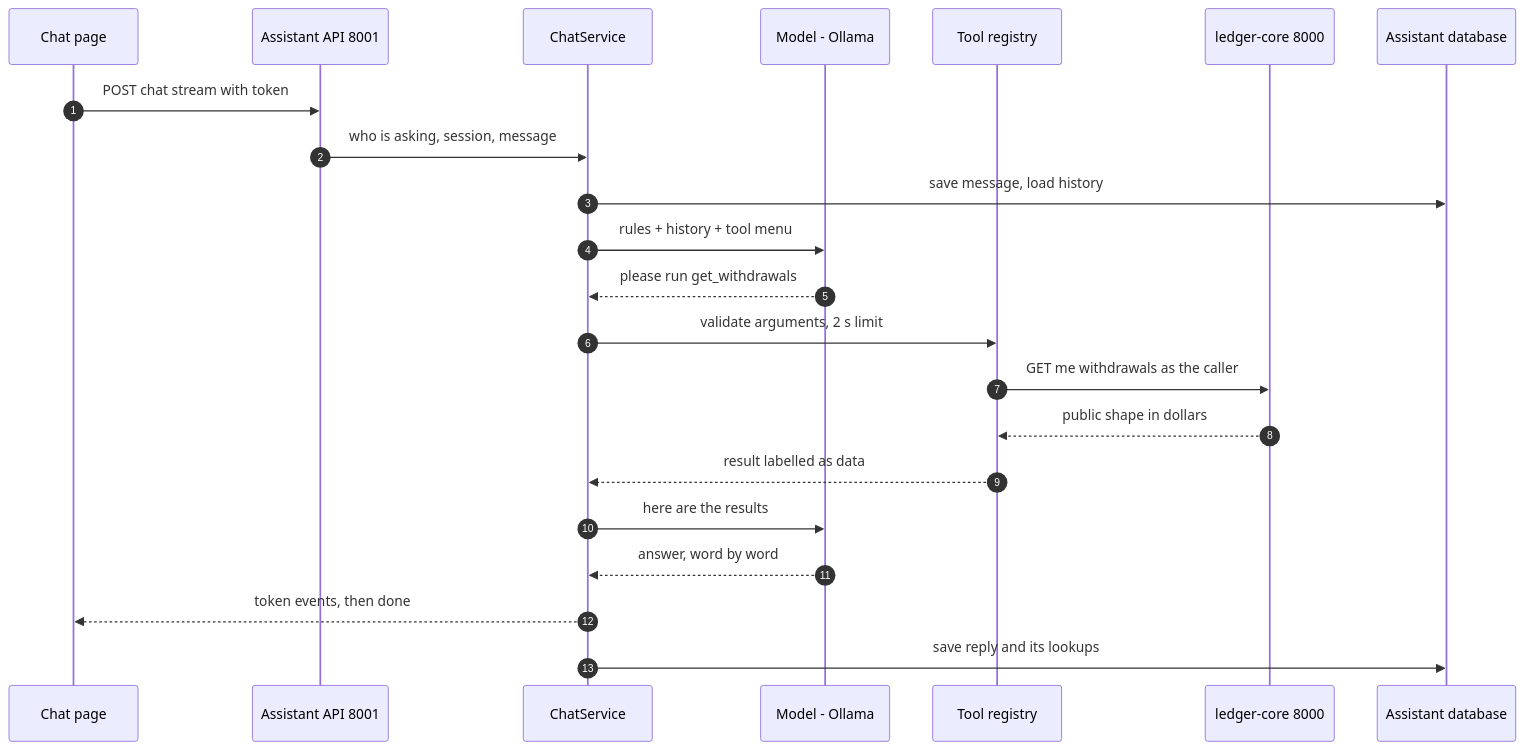
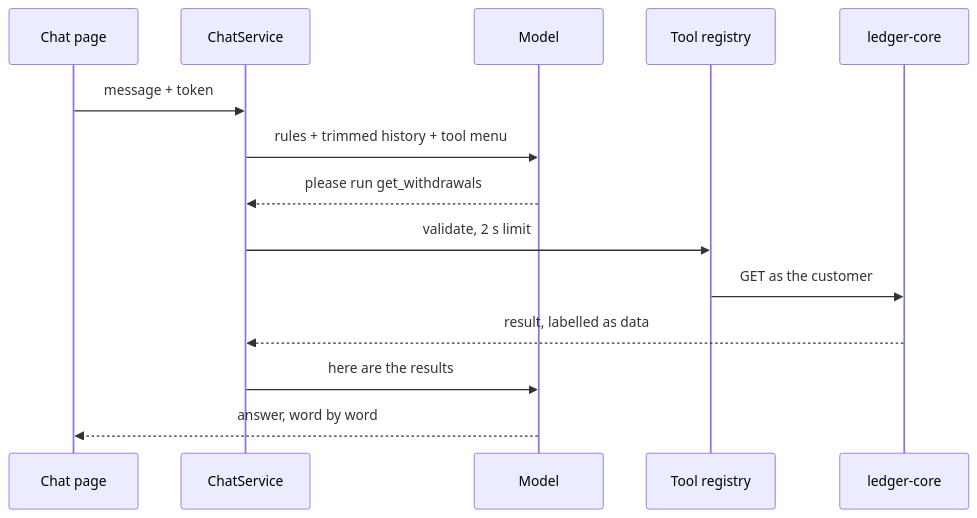
One commit to renup/Brokerage_Ledger_AI_Assitant changed the third of 8 diagrams in README.md. Above: the diagram before and after it, drawn with Mermaid. The commit also changed other lines of this file, not shown here.

````diff
--- a/README.md
+++ b/README.md
@@ -151,24 +150,16 @@
 ```mermaid
 sequenceDiagram
-  autonumber
   participant App as Chat page
-  participant AS as Assistant API 8001
   participant CS as ChatService
-  participant LLM as Model - Ollama
+  participant LLM as Model
   participant TR as Tool registry
-  participant LC as ledger-core 8000
-  participant ADB as Assistant database
-  App->>AS: POST chat stream with token
-  AS->>CS: who is asking, session, message
-  CS->>ADB: save message, load history
-  CS->>LLM: rules + history + tool menu
+  participant LC as ledger-core
+  App->>CS: message + token
+  CS->>LLM: rules + trimmed history + tool menu
   LLM-->>CS: please run get_withdrawals
-  CS->>TR: validate arguments, 2 s limit
-  TR->>LC: GET me withdrawals as the caller
-  LC-->>TR: public shape in dollars
-  TR-->>CS: result labelled as data
+  CS->>TR: validate, 2 s limit
+  TR->>LC: GET as the customer
+  LC-->>CS: result, labelled as data
   CS->>LLM: here are the results
-  LLM-->>CS: answer, word by word
-  CS-->>App: token events, then done
-  CS->>ADB: save reply and its lookups
+  LLM-->>App: answer, word by word
 ```
````
